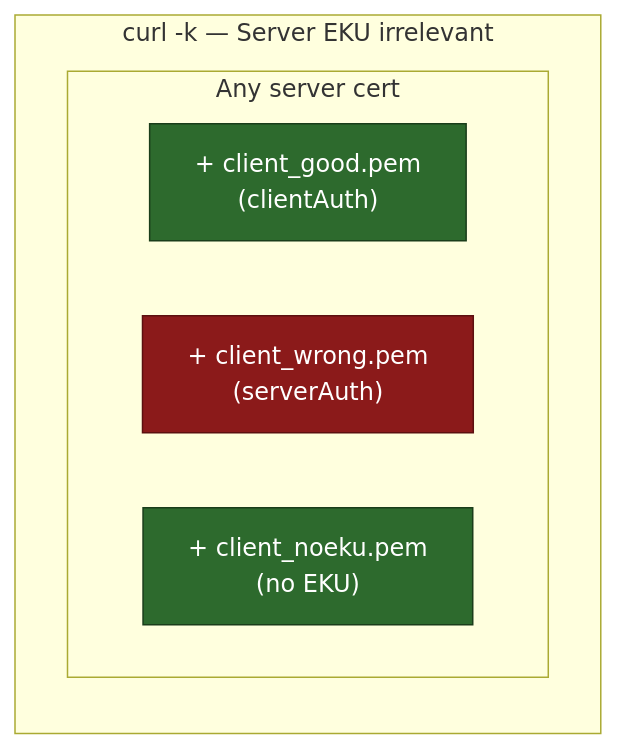
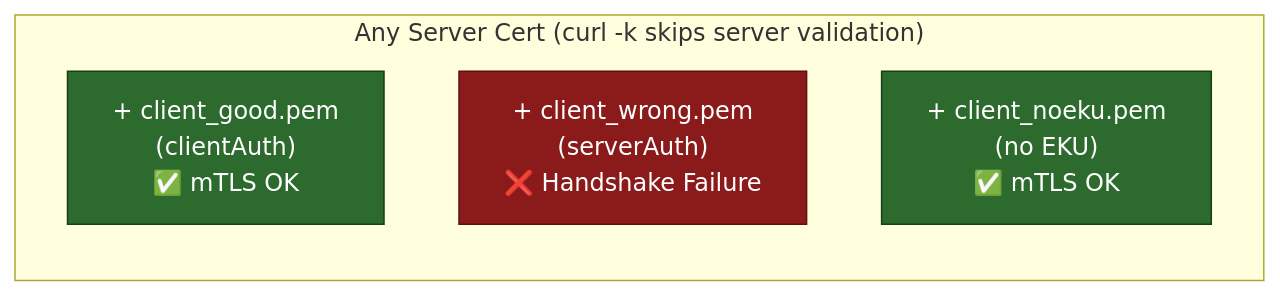
Before and after one commit to jaysonv/mtls-lab: the fourth of 6 diagrams in README.md, drawn with Mermaid. The commit also changed other lines of this file and 2 other files, not shown here.

````diff
--- a/README.md
+++ b/README.md
@@ -98,14 +93,11 @@
 ```mermaid
 graph LR
-    subgraph "curl -k — Server EKU irrelevant"
-        direction TB
-        subgraph "Any server cert"
-            T1["+ client_good.pem<br/>(clientAuth)"]:::pass
-            T2["+ client_wrong.pem<br/>(serverAuth)"]:::fail
-            T3["+ client_noeku.pem<br/>(no EKU)"]:::pass
-        end
+    subgraph "Any Server Cert (curl -k skips server validation)"
+        T1["+ client_good.pem<br/>(clientAuth)<br/>✅ mTLS OK"]:::pass
+        T2["+ client_wrong.pem<br/>(serverAuth)<br/>❌ Handshake Failure"]:::fail
+        T3["+ client_noeku.pem<br/>(no EKU)<br/>✅ mTLS OK"]:::pass
     end
 
     classDef pass fill:#2d6a2d,stroke:#1a3d1a,color:#fff
     classDef fail fill:#8b1a1a,stroke:#5c1010,color:#fff
 ```
````
